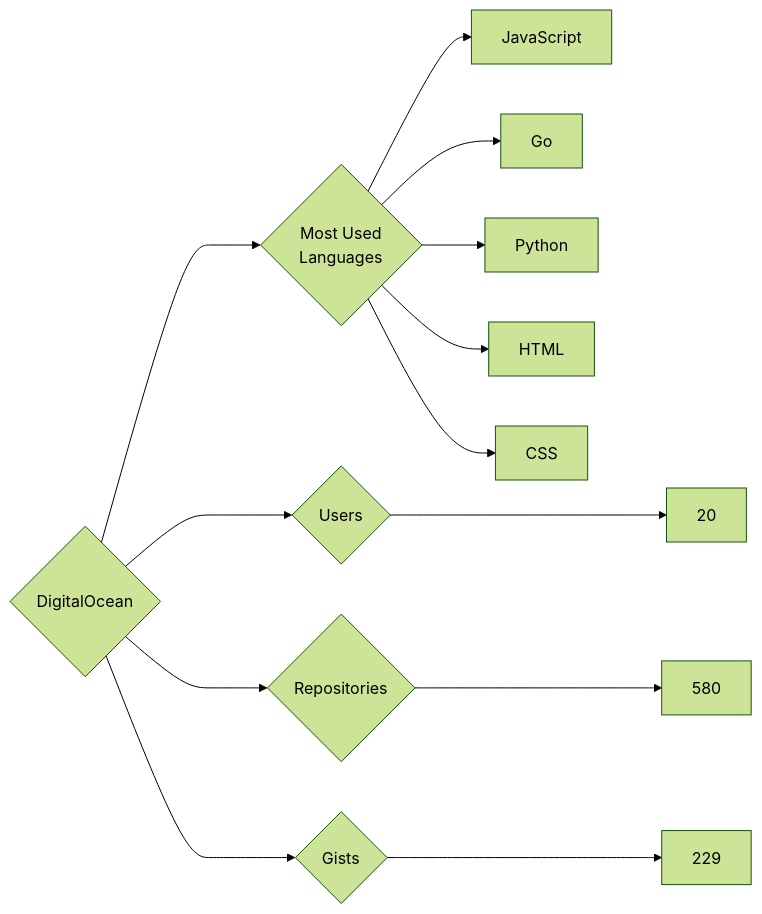
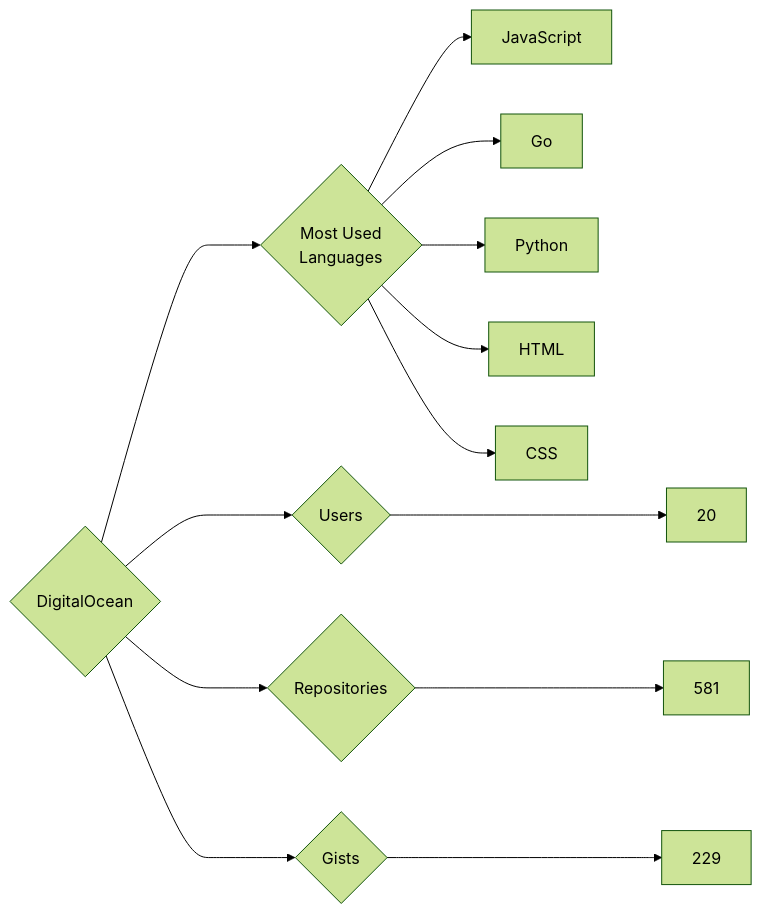
The diagram in targets/DigitalOcean/README.md (trickest/insiders), drawn with Mermaid (forest theme) before and after one commit. The commit also changed 872 other files, not shown here.

````diff
--- a/targets/DigitalOcean/README.md
+++ b/targets/DigitalOcean/README.md
@@ -3,13 +3,13 @@
 ```mermaid
 graph LR
 COMPANY_NAME{DigitalOcean}
 COMPANY_NAME ---> U{Users} ---> UN[20]
-COMPANY_NAME ---> R{Repositories} ---> RN[580]
+COMPANY_NAME ---> R{Repositories} ---> RN[581]
 COMPANY_NAME ---> G{Gists} ---> GN[229]
 COMPANY_NAME ---> ML{Most Used<br>Languages}
 ML --> JavaScript[JavaScript]
 ML --> Go[Go]
 ML --> Python[Python]
 ML --> HTML[HTML]
 ML --> CSS[CSS]
 ```
````
